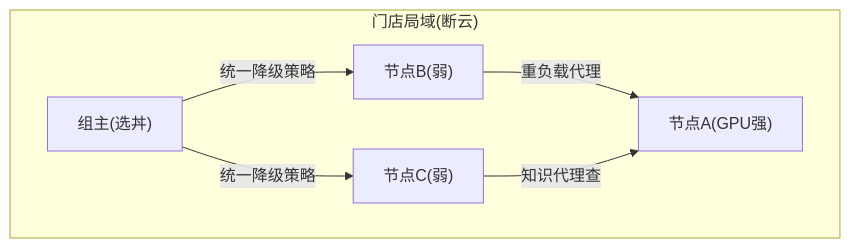
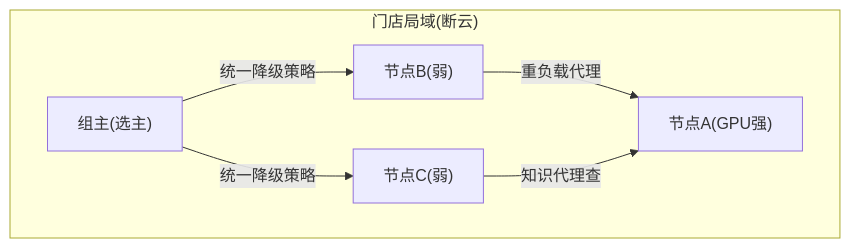
Before and after one commit to UranusGit/java-agent-learn: the diagram in docs/项目/29-企业级边缘Agent部署平台/08-多边缘联邦与节点协作.md, drawn with Mermaid. The commit also changed 219 other files, not shown here.

````diff
--- a/docs/项目/29-企业级边缘Agent部署平台/08-多边缘联邦与节点协作.md
+++ b/docs/项目/29-企业级边缘Agent部署平台/08-多边缘联邦与节点协作.md
@@ -22,12 +22,12 @@
 ```mermaid
 graph TB
     subgraph lan["门店局域(断云)"]
         N1["节点A(GPU强)"]
         N2["节点B(弱)"]
         N3["节点C(弱)"]
-        LEAD["组主(选丼)"]
+        LEAD["组主(选主)"]
     end
     N2 -->|"重负载代理"| N1
     N3 -->|"知识代理查"| N1
     LEAD -->|"统一降级策略"| N2 & N3
 ```
````
